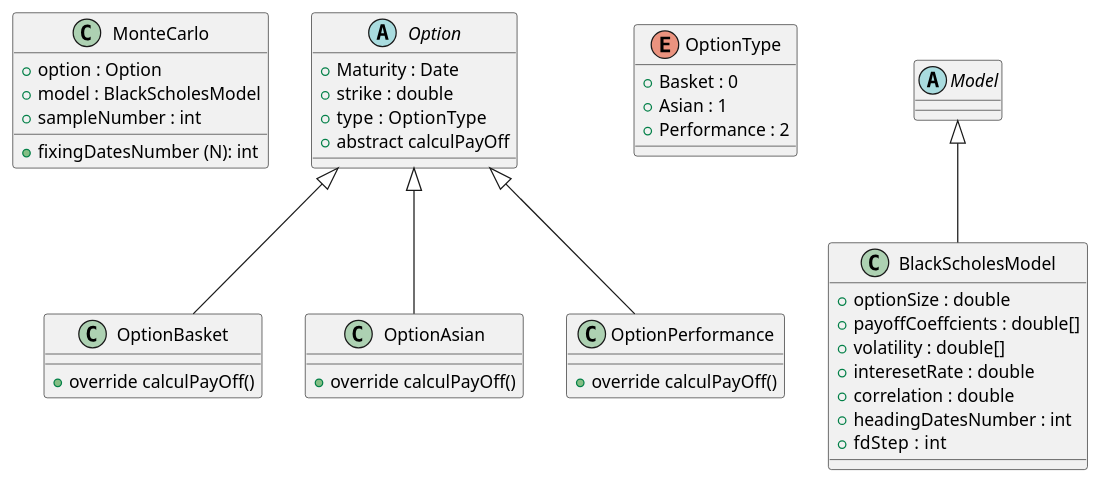
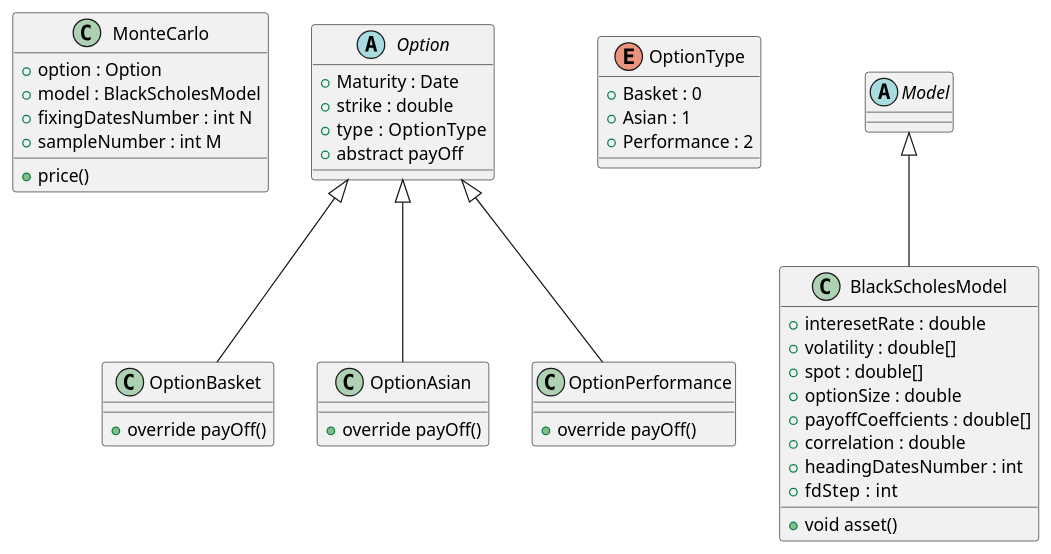
The diagram in ressources/conception/conception.puml (chrifmhm2/Derivatives-Hedging-Project), drawn with PlantUML before and after one commit. The commit also changed 1 other file, not shown here.

```diff
--- a/ressources/conception/conception.puml
+++ b/ressources/conception/conception.puml
@@ -1,59 +1,63 @@
 @startuml conception
 
 
 class MonteCarlo {
     + option : Option 
     + model : BlackScholesModel
-    + fixingDatesNumber (N): int 
-    + sampleNumber : int 
+    + fixingDatesNumber : int N
+    + sampleNumber : int M
+    + price()
+    
     
 }
 
 
 abstract class Option {
     + Maturity : Date 
     + strike : double 
     + type :  OptionType 
-    + abstract calculPayOff 
+    + abstract payOff 
 }
 
 Enum OptionType {
     + Basket : 0 
     + Asian : 1 
     + Performance : 2
 }
 
 class OptionBasket {
-    + override calculPayOff()
+    + override payOff()
 }
 
 class OptionAsian {
-    + override calculPayOff()
+    + override payOff()
 }
 
 class OptionPerformance {
-    + override calculPayOff()
+    + override payOff()
 }
 
 Option <|-- OptionBasket 
 Option <|-- OptionAsian 
 Option <|-- OptionPerformance 
 
 
 abstract class Model {
 
 }
 
 class BlackScholesModel {
+    + interesetRate : double 
+    + volatility : double[]
+    + spot : double[]
     + optionSize : double
     + payoffCoeffcients : double[] 
-    + volatility : double[]
-    + interesetRate : double 
     + correlation : double 
     + headingDatesNumber : int 
     + fdStep  : int 
+    + void asset()
 }
 
 Model <|-- BlackScholesModel
 
 @enduml 
```
